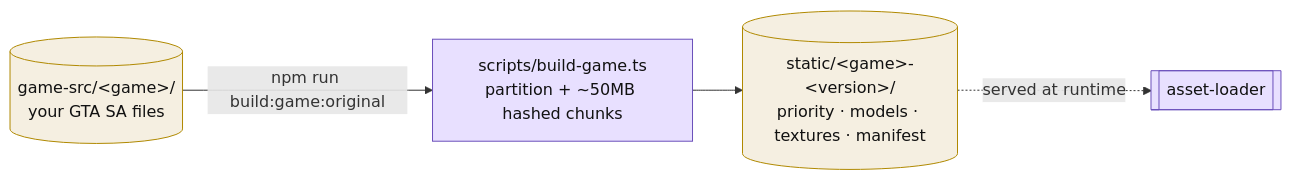
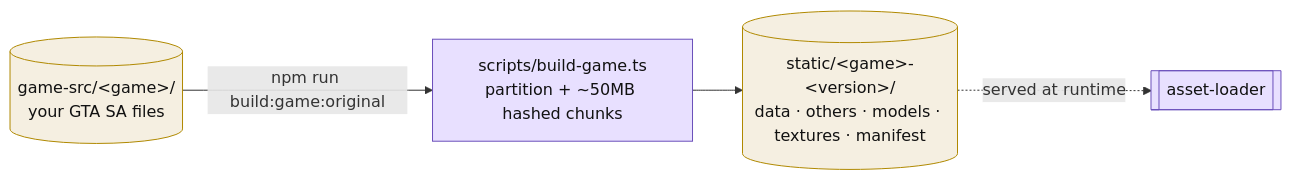
One commit to AlexSergey/opensa changed the fourth of 4 diagrams in docs/architecture.md. Above: the diagram before and after it, drawn with Mermaid. The commit also changed other lines of this file and 28 other files, not shown here.

````diff
--- a/docs/architecture.md
+++ b/docs/architecture.md
@@ -121,12 +121,12 @@
 ```mermaid
 flowchart LR
   src[("game-src/&lt;game&gt;/<br/>your GTA SA files")]:::data
   build["scripts/build-game.ts<br/>partition + ~50MB hashed chunks"]:::infra
-  out[("static/&lt;game&gt;-&lt;version&gt;/<br/>priority &middot; models &middot; textures &middot; manifest")]:::data
+  out[("static/&lt;game&gt;-&lt;version&gt;/<br/>data &middot; others &middot; models &middot; textures &middot; manifest")]:::data
 
   src -->|npm run build:game:original| build --> out
   out -.->|served at runtime| loader[["asset-loader"]]:::infra
 
   classDef infra fill:#e8e0ff,stroke:#6b4fbb,color:#111
   classDef data fill:#f5efe1,stroke:#b08900,color:#111
 ```
````
